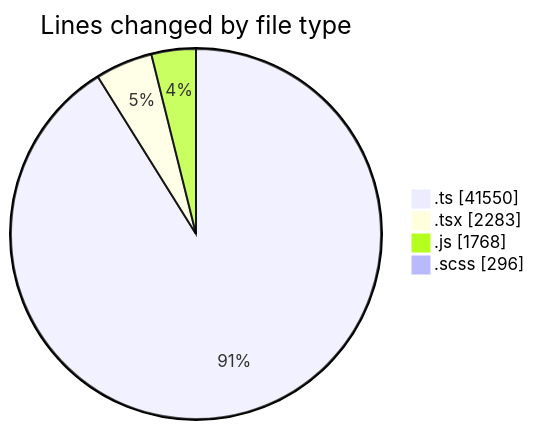
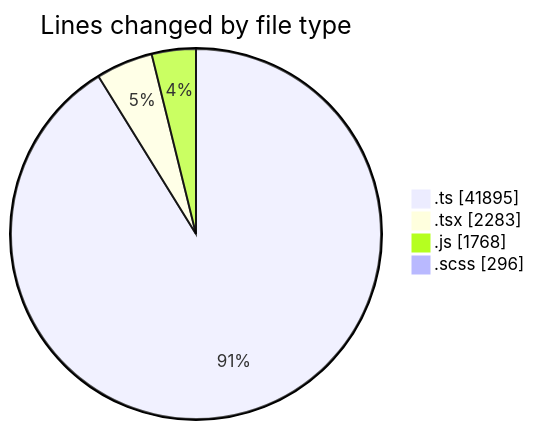
One commit to momahboobian/code-tracking changed the first of 2 diagrams in 2025-06-23/cda/README.md. Above: the diagram before and after it, drawn with Mermaid. The commit also changed other lines of this file and 1 other file, not shown here.

````diff
--- a/2025-06-23/cda/README.md
+++ b/2025-06-23/cda/README.md
@@ -39,8 +40,8 @@
 ```mermaid
 pie showData
 title Lines changed by file type
-".ts" : 41550
+".ts" : 41895
 ".tsx" : 2283
 ".js" : 1768
 ".scss" : 296
 ```
````
